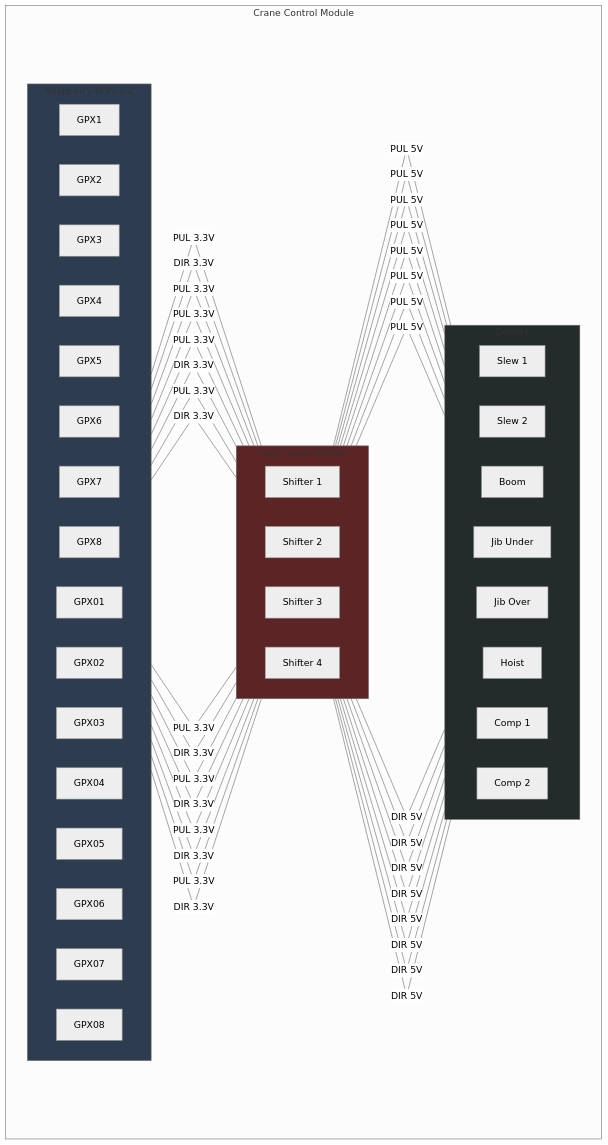
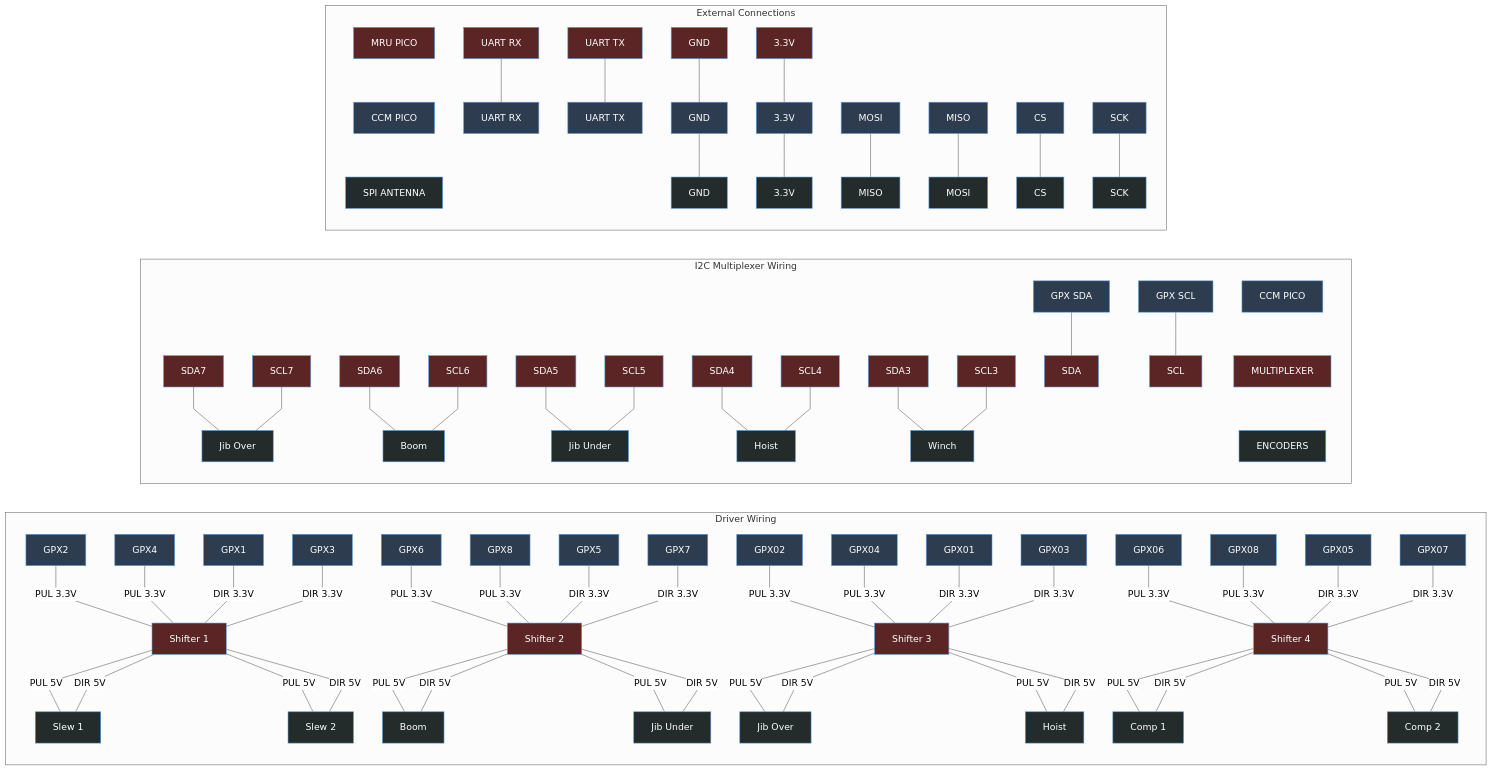
Before and after one commit to lyngstad-armin/scale-crane-electric-wire-luffing: the diagram in README.md, drawn with Mermaid (neutral theme). The commit also changed other lines of this file and 1 other file, not shown here.

````diff
--- a/README.md
+++ b/README.md
@@ -9,104 +5,149 @@
 ```mermaid
 %%{init: {'flowchart': {'curve': 'linear'}}}%%
-flowchart TB
+flowchart LR
 
-subgraph DM320[Drivers]
-    direction LR
+subgraph Driver Wiring
+    direction TD
+    classDef style2 fill:#2e3c50,stroke:#5b9bd5,color:#fff
+    classDef style1 fill:#5c2525,stroke:#5b9bd5,color:#fff
+    classDef style3 fill:#242b2b,stroke:#5b9bd5,color:#fff
 
-    DM1[Slew 1]
-    DM2[Slew 2]
-    DM3[Boom]
-    DM4[Jib Under]
-    DM5[Jib Over]
-    DM6[Hoist]
-    DM7[Comp 1]
-    DM8[Comp 2]
+    DM1[Slew 1]:::style3
+    DM2[Slew 2]:::style3
+    DM3[Boom]:::style3
+    DM4[Jib Under]:::style3
+    DM5[Jib Over]:::style3
+    DM6[Hoist]:::style3
+    DM7[Comp 1]:::style3
+    DM8[Comp 2]:::style3
+
+    LLS1[Shifter 1]:::style1
+    LLS2[Shifter 2]:::style1
+    LLS3[Shifter 3]:::style1
+    LLS4[Shifter 4]:::style1
+
+    GPX1:::style2
+    GPX2:::style2
+    GPX3:::style2
+    GPX4:::style2
+    GPX5:::style2
+    GPX6:::style2
+    GPX7:::style2
+    GPX8:::style2
+    GPX01:::style2
+    GPX02:::style2
+    GPX03:::style2
+    GPX04:::style2
+    GPX05:::style2
+    GPX06:::style2
+    GPX07:::style2
+    GPX08:::style2
+
+%%linkStyle 0,1 display:none
+GPX2 ---|PUL 3.3V| LLS1 ---|PUL 5V| DM1
+GPX4 ---|PUL 3.3V| LLS1 ---|PUL 5V| DM2
+
+GPX6 ---|PUL 3.3V| LLS2 ---|PUL 5V| DM3
+GPX8 ---|PUL 3.3V| LLS2 ---|PUL 5V| DM4
+
+GPX02 ---|PUL 3.3V| LLS3 ---|PUL 5V| DM5
+GPX04 ---|PUL 3.3V| LLS3 ---|PUL 5V| DM6
+
+GPX06 ---|PUL 3.3V| LLS4 ---|PUL 5V| DM7
+GPX08 ---|PUL 3.3V| LLS4 ---|PUL 5V| DM8
+
+
+GPX1 ---|DIR 3.3V| LLS1 ---|DIR 5V| DM1
+GPX3 ---|DIR 3.3V| LLS1 ---|DIR 5V| DM2
+
+GPX5 ---|DIR 3.3V| LLS2 ---|DIR 5V| DM3
+GPX7 ---|DIR 3.3V| LLS2 ---|DIR 5V| DM4
+
+GPX01 ---|DIR 3.3V| LLS3 ---|DIR 5V| DM5
+GPX03 ---|DIR 3.3V| LLS3 ---|DIR 5V| DM6
+
+GPX05 ---|DIR 3.3V| LLS4 ---|DIR 5V| DM7
+GPX07 ---|DIR 3.3V| LLS4 ---|DIR 5V| DM8
 end
 
-subgraph LLS[Logic Level Shifter]
-    direction LR
+subgraph I2C Multiplexer Wiring
+    GP1[GPX SDA]:::style2
+    GP2[GPX SCL]:::style2
 
-    LLS1[Shifter 1]
-    LLS2[Shifter 2]
-    LLS3[Shifter 3]
-    LLS4[Shifter 4]
-end
+    MPXSD[SDA]:::style1
+    MPXSC[SCL]:::style1
+    SDA7:::style1
+    SCL7:::style1
+    SDA6:::style1
+    SCL6:::style1
+    SDA5:::style1
+    SCL5:::style1
+    SDA4:::style1
+    SCL4:::style1
+    SDA3:::style1
+    SCL3:::style1
 
-subgraph PICO[Raspberry Pi Pico 2]
-    direction LR
+    ENC1[Jib Over]:::style3
+    ENC2[Boom]:::style3
+    ENC3[Jib Under]:::style3
+    ENC4[Hoist]:::style3
+    ENC5[Winch]:::style3
 
-    GPX1
-    GPX2
-    GPX3
-    GPX4
-    GPX5
-    GPX6
-    GPX7
-    GPX8
-    GPX01
-    GPX02
-    GPX03
-    GPX04
-    GPX05
-    GPX06
-    GPX07
-    GPX08
-end
+    X991[" "]
+    style X991 display:none
 
-
-subgraph CCM[Crane Control Module]
-      PICO
-      LLS
-      DM320
-end
-
-
-%% LOGIC LEVEL SHIFTER (5V) TO MOTOR DRIVERS
-LLS1 ---|PUL 5V| DM1 & DM2
-LLS2 ---|PUL 5V| DM3 & DM4
-LLS3 ---|PUL 5V| DM5 & DM6
-LLS4 ---|PUL 5V| DM7 & DM8
-
-LLS1 ---|DIR 5V| DM1 & DM2
-LLS2 ---|DIR 5V| DM3 & DM4
-LLS3 ---|DIR 5V| DM5 & DM6
-LLS4 ---|DIR 5V| DM7 & DM8
-
-
-%% PICO TO LOGIC LEVEL SHIFTER
-GPX1 ---|PUL 3.3V| LLS1
-GPX2 ---|DIR 3.3V| LLS1
-
-GPX3 ---|PUL 3.3V| LLS1
-GPX4 ---|PUL 3.3V| LLS1
-
-
-GPX5 ---|PUL 3.3V| LLS2
-GPX6 ---|DIR 3.3V| LLS2
-
-
-GPX7 ---|PUL 3.3V| LLS2
-GPX8 ---|DIR 3.3V| LLS2
-
-
-GPX01 ---|PUL 3.3V| LLS3
-GPX02 ---|DIR 3.3V| LLS3
-
-GPX03 ---|PUL 3.3V| LLS3
-GPX04 ---|DIR 3.3V| LLS3
-
-
-GPX05 ---|PUL 3.3V| LLS4
-GPX06 ---|DIR 3.3V| LLS4
-
-GPX07 ---|PUL 3.3V| LLS4
-GPX08 ---|DIR 3.3V| LLS4
+GP1 --- MPXSD
+GP2 --- MPXSC
+SDA7 & SCL7 --- ENC1
+SDA6 & SCL6 --- ENC2
+SDA5 & SCL5 --- ENC3
+SDA4 & SCL4 --- ENC4
+SDA3 & SCL3 --- ENC5
+MPXSD & MPXSC --- X991
+SP1[CCM PICO]:::style2 --- SP2[MULTIPLEXER]:::style1 --- SP3[ENCODERS]:::style3
+linkStyle 44,45,46,47 display:none
 
 
 
 
-%% STYLE FILL
-style PICO fill:#2e3c50
-style DM320 fill:#242b2b
-style LLS fill:#5c2525
+end
+
+subgraph External Connections
+URX0[UART RX]:::style1
+UTX0[UART TX]:::style1
+GN0[GND]:::style1
+V0[3.3V]:::style1
+
+URX1[UART RX]:::style2
+UTX1[UART TX]:::style2
+GN1[GND]:::style2
+V1[3.3V]:::style2
+MISO0[MISO]:::style2
+MOSI0[MOSI]:::style2
+SCK0[SCK]:::style2
+CS0[CS]:::style2
+
+X192[" "]
+style X192 display:none
+
+GN2[GND]:::style3
+V2[3.3V]:::style3
+MOSI1[MOSI]:::style3
+MISO1[MISO]:::style3
+SCK1[SCK]:::style3
+CS1[CS]:::style3
+
+FFG2["CCM PICO"]:::style2 --- FFG3[SPI ANTENNA]:::style3
+URX0 --- URX1 --- X192
+UTX0 --- UTX1 --- X192
+FFG1["MRU PICO"]:::style1 --- FFG2
+linkStyle 48,50,52,53 display:none
+GN0 --- GN1 --- GN2
+V0 --- V1 --- V2
+MOSI0 --- MISO1
+MISO0 --- MOSI1
+CS0 --- CS1
+SCK0 --- SCK1
+
+end
 ```
````
